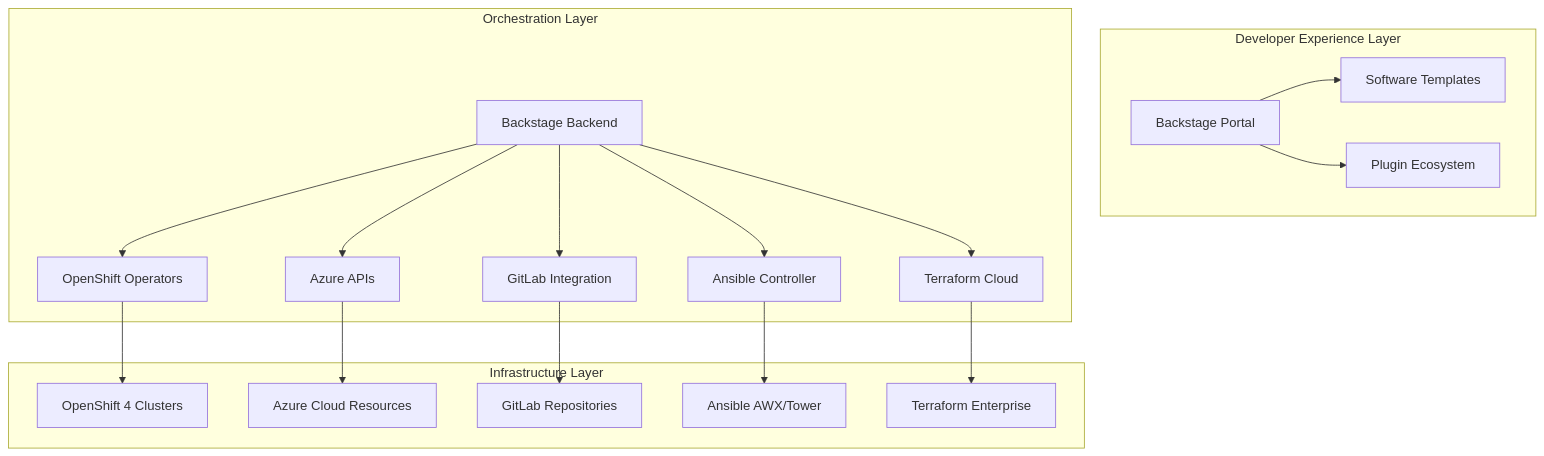
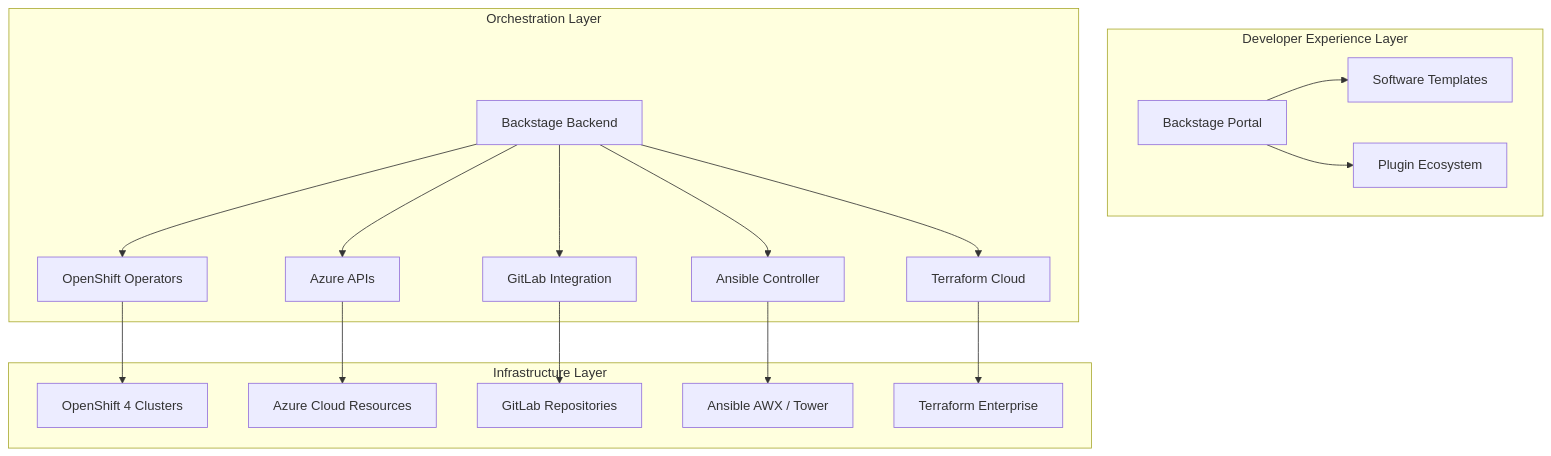
One commit to stuttgart-things/docs changed the diagram in slides/idp-architecture.md. Above: the diagram before and after it, drawn with Mermaid. The commit also changed other lines of this file and 4 other files, not shown here.

````diff
--- a/slides/idp-architecture.md
+++ b/slides/idp-architecture.md
@@ -7,29 +7,29 @@
 ```mermaid
 graph TB
     subgraph "Developer Experience Layer"
         A[Backstage Portal] --> B[Software Templates]
         A --> C[Plugin Ecosystem]
     end
-    
+
     subgraph "Orchestration Layer"
         D[Backstage Backend] --> E[GitLab Integration]
         D --> F[OpenShift Operators]
         D --> G[Ansible Controller]
         D --> H[Terraform Cloud]
         D --> I[Azure APIs]
     end
-    
+
     subgraph "Infrastructure Layer"
         J[OpenShift 4 Clusters]
         K[Azure Cloud Resources]
         L[GitLab Repositories]
-        M[Ansible AWX/Tower]
+        M[Ansible AWX / Tower]
         N[Terraform Enterprise]
     end
-    
+
     E --> L
     F --> J
     G --> M
     H --> N
     I --> K
 ```
````
